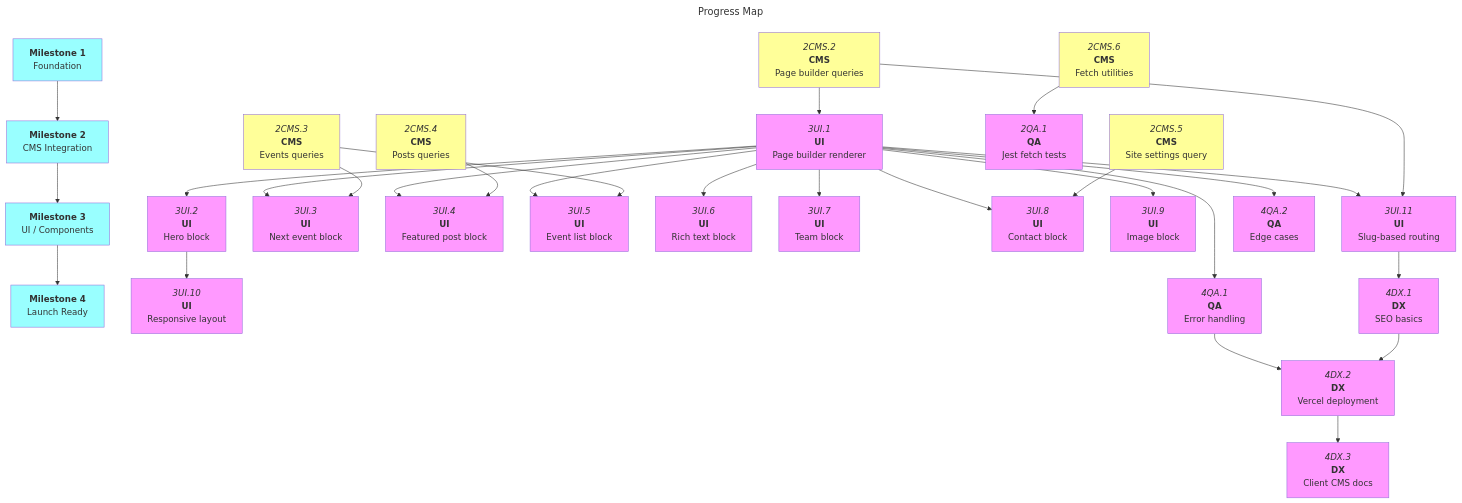
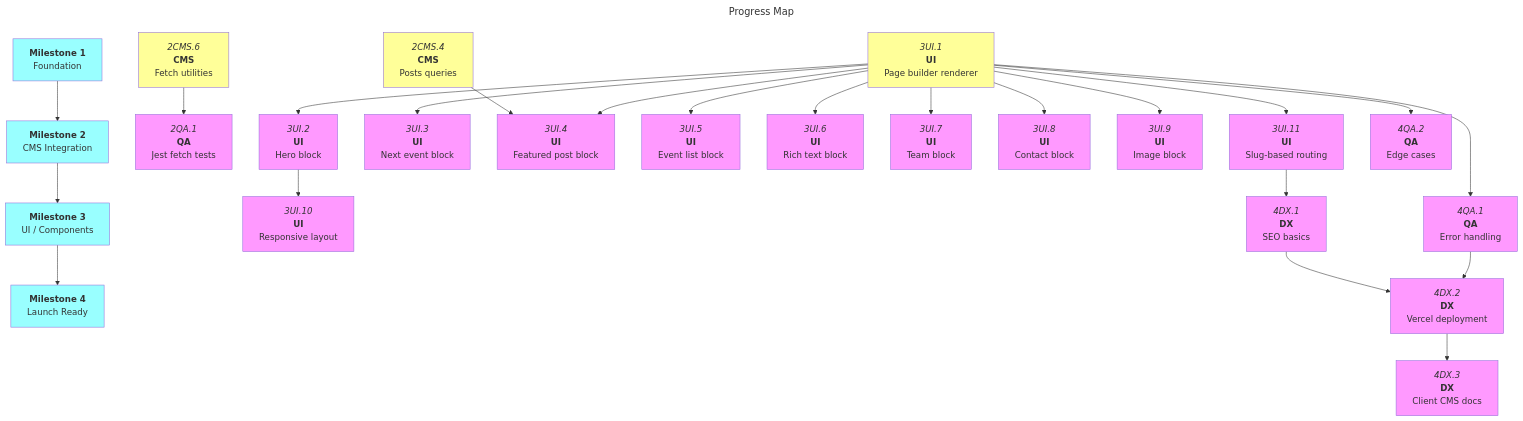
Before and after one commit to Oggie112/C58: the diagram in docs/roadmaps/mvp.md, drawn with Mermaid. The commit also changed other lines of this file and 7 other files, not shown here.

````diff
--- a/docs/roadmaps/mvp.md
+++ b/docs/roadmaps/mvp.md
@@ -136,57 +136,53 @@
 ```mermaid
 ---
 title: Progress Map
 ---
 graph TD
 
 m1["`**Milestone 1**<br/>Foundation`"]:::mile
 m2["`**Milestone 2**<br/>CMS Integration`"]:::mile
 m3["`**Milestone 3**<br/>UI / Components`"]:::mile
 m4["`**Milestone 4**<br/>Launch Ready`"]:::mile
 
 m1 --> m2 --> m3 --> m4
 
-2CMS.2["`*2CMS.2*<br/>**CMS**<br/>Page builder queries`"]:::open
-2CMS.3["`*2CMS.3*<br/>**CMS**<br/>Events queries`"]:::open
 2CMS.4["`*2CMS.4*<br/>**CMS**<br/>Posts queries`"]:::open
-2CMS.5["`*2CMS.5*<br/>**CMS**<br/>Site settings query`"]:::open
 2CMS.6["`*2CMS.6*<br/>**CMS**<br/>Fetch utilities`"]:::open
 2QA.1["`*2QA.1*<br/>**QA**<br/>Jest fetch tests`"]
 
-3UI.1["`*3UI.1*<br/>**UI**<br/>Page builder renderer`"]
+3UI.1["`*3UI.1*<br/>**UI**<br/>Page builder renderer`"]:::open
 3UI.2["`*3UI.2*<br/>**UI**<br/>Hero block`"]
 3UI.3["`*3UI.3*<br/>**UI**<br/>Next event block`"]
 3UI.4["`*3UI.4*<br/>**UI**<br/>Featured post block`"]
 3UI.5["`*3UI.5*<br/>**UI**<br/>Event list block`"]
 3UI.6["`*3UI.6*<br/>**UI**<br/>Rich text block`"]
 3UI.7["`*3UI.7*<br/>**UI**<br/>Team block`"]
 3UI.8["`*3UI.8*<br/>**UI**<br/>Contact block`"]
 3UI.9["`*3UI.9*<br/>**UI**<br/>Image block`"]
 3UI.10["`*3UI.10*<br/>**UI**<br/>Responsive layout`"]
 3UI.11["`*3UI.11*<br/>**UI**<br/>Slug-based routing`"]
 
 4QA.1["`*4QA.1*<br/>**QA**<br/>Error handling`"]
 4QA.2["`*4QA.2*<br/>**QA**<br/>Edge cases`"]
 4DX.1["`*4DX.1*<br/>**DX**<br/>SEO basics`"]
 4DX.2["`*4DX.2*<br/>**DX**<br/>Vercel deployment`"]
 4DX.3["`*4DX.3*<br/>**DX**<br/>Client CMS docs`"]
 
 2CMS.6 --> 2QA.1
 
-2CMS.2 --> 3UI.1
 3UI.1 --> 3UI.2 & 3UI.6 & 3UI.7 & 3UI.9
-3UI.1 & 2CMS.3 --> 3UI.3 & 3UI.5
+3UI.1 --> 3UI.3 & 3UI.5
 3UI.1 & 2CMS.4 --> 3UI.4
-3UI.1 & 2CMS.5 --> 3UI.8
-3UI.1 & 2CMS.2 --> 3UI.11
+3UI.1 --> 3UI.8
+3UI.1 --> 3UI.11
 3UI.2 --> 3UI.10
 
 3UI.1 --> 4QA.1 & 4QA.2
 3UI.11 --> 4DX.1
 4QA.1 & 4DX.1 --> 4DX.2
 4DX.2 --> 4DX.3
 
 classDef default fill:#f9f
 classDef open fill:#ff9
 classDef mile fill:#9ff
 ```
````
